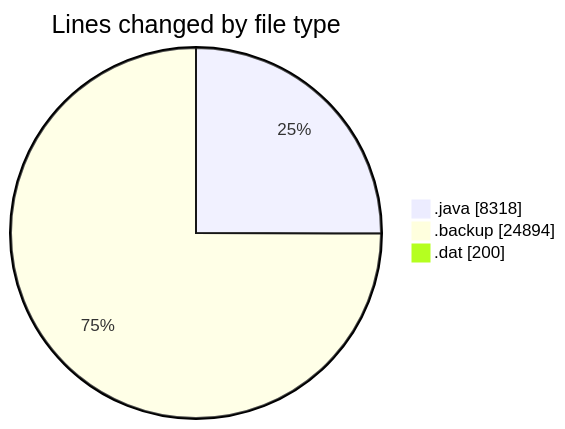
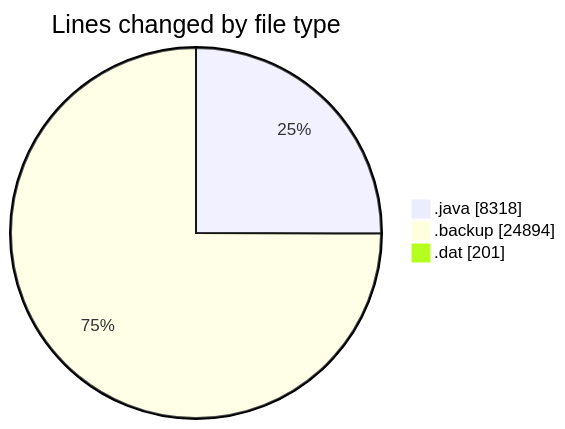
The first of 2 diagrams in 2026-07-01/cilapp/README.md (ricardozamudiocil/code-tracking), drawn with Mermaid before and after one commit. The commit also changed other lines of this file and 1 other file, not shown here.

````diff
--- a/2026-07-01/cilapp/README.md
+++ b/2026-07-01/cilapp/README.md
@@ -22,7 +22,7 @@
 ```mermaid
 pie showData
 title Lines changed by file type
 ".java" : 8318
 ".backup" : 24894
-".dat" : 200
+".dat" : 201
 ```
````
